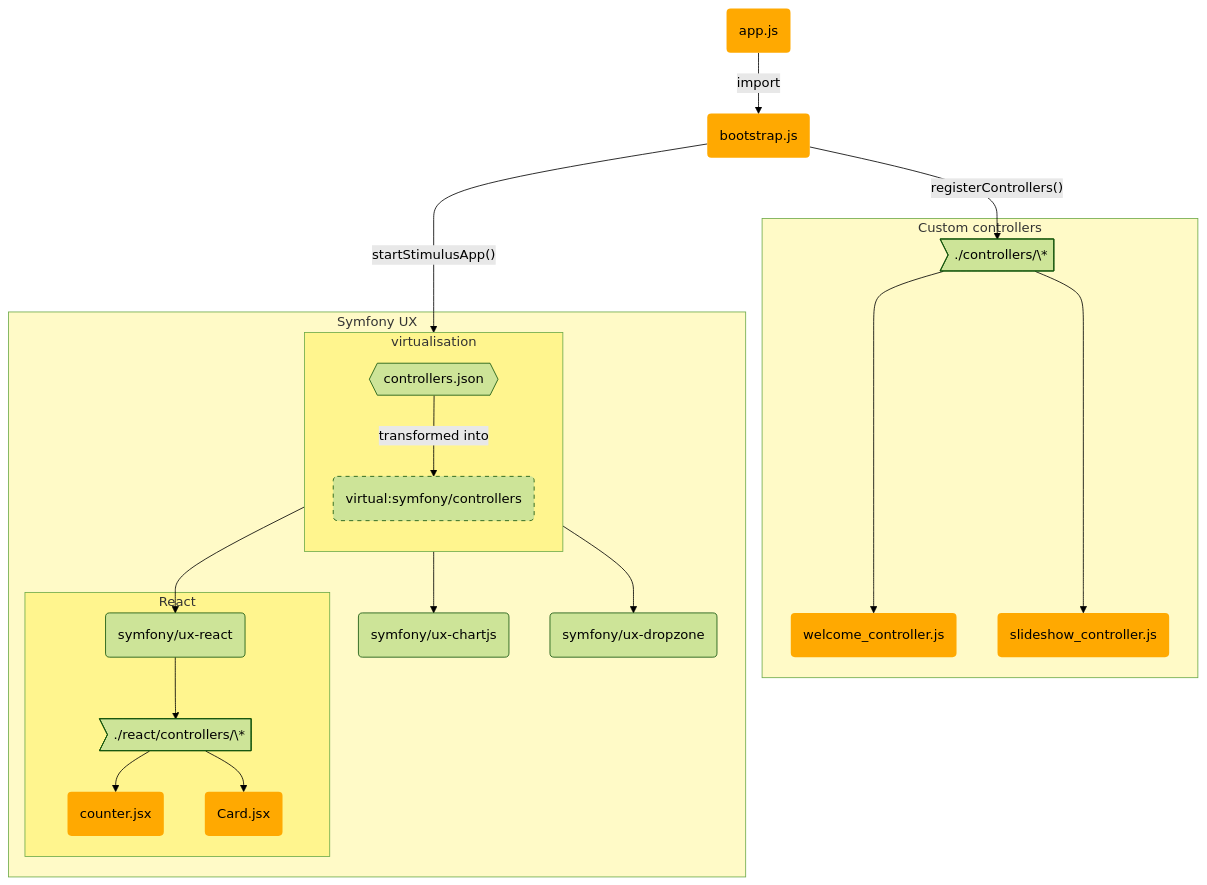
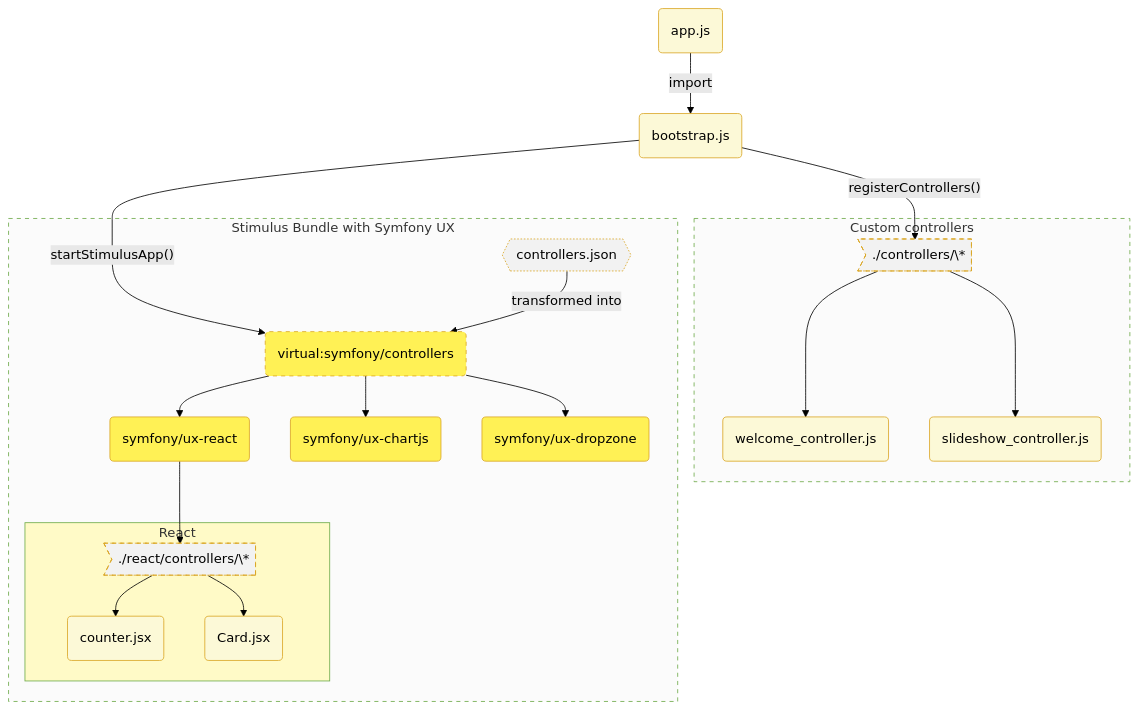
The diagram in docs/src/fr/stimulus/installation.md (lhapaipai/symfony-vite-dev), drawn with Mermaid (forest theme) before and after one commit. The commit also changed other lines of this file and 60 other files, not shown here.

````diff
--- a/docs/src/fr/stimulus/installation.md
+++ b/docs/src/fr/stimulus/installation.md
@@ -9,35 +11,57 @@
 ```mermaid
 flowchart TB
   style virtual stroke-dasharray: 5 5;
-  style groupReact fill:#fff58e;
-  style groupUX fill:#fffac7;
-  style groupCustom fill:#fffac7;
-  style virtualisation fill:#fff58e;
-  classDef component fill:#ffa901, stroke-width:0;
+  style groupReact fill:#fffac7;
+  style groupUX fill:#fbfbfb, stroke-dasharray: 5 5;
+  style groupCustom fill:#fbfbfb, stroke-dasharray: 5 5;
+  classDef file fill:#fcf9d7, stroke:#dba726;
+  classDef package fill:#fff155, stroke:#dba726;
+  classDef virtualPackage fill:#fff155, stroke:#dba726, stroke-dasharray: 5 5;
+  classDef directory stroke:#dba726, fill:#f2f2f2, stroke-dasharray: 5 5;
+  classDef rawFile stroke:#dba726, fill:#f2f2f2, stroke-dasharray: 2 2;
 
-  app(app.js):::component -->|import| bootstrap(bootstrap.js):::component
+  bootstrap(bootstrap.js):::file
+  app(app.js):::file
 
-  %% bootstrap(bootstrap.js):::component -->|"registerReactControllerComponents()"| reactComponents>./react/controllers/\*]
+
+  subgraph groupCustom[Custom controllers]
+    customControllers>"./controllers/\*"]:::directory
+    welcome_controller(welcome_controller.js):::file
+    slideshow_controller(slideshow_controller.js):::file
+  end
+
+  subgraph groupUX[Stimulus Bundle with Symfony UX]
+    virtual(virtual:symfony/controllers):::virtualPackage
+
+    uxReact(symfony/ux-react):::package
+    uxChartjs(symfony/ux-chartjs):::package
+    uxDropzone(symfony/ux-dropzone):::package
+
+    controllers{{controllers.json}}:::rawFile
+
+    subgraph groupReact[React]
+
+    reactComponents>./react/controllers/\*]:::directory
+    counter(counter.jsx):::file
+    card(Card.jsx):::file
+    end
+  end
+
+  app -->|import| bootstrap
+
+  %% bootstrap(bootstrap.js):::file -->|"registerReactControllerComponents()"| reactComponents>./react/controllers/\*]
 
 
 
-  bootstrap --->|"startStimulusApp()"| virtual(virtual:symfony/controllers)
-  bootstrap -->|"registerControllers()"| customControllers>"./controllers/\*"]
+  bootstrap --->|"startStimulusApp()"| virtual
+  bootstrap -->|"registerControllers()"| customControllers
 
-  subgraph groupCustom[Custom controllers]
-    customControllers ---> welcome_controller(welcome_controller.js):::component & slideshow_controller(slideshow_controller.js):::component
-  end
+  customControllers ---> welcome_controller & slideshow_controller
 
-  subgraph groupUX[Symfony UX]
-    virtual --> uxReact(symfony/ux-react) & uxChartjs(symfony/ux-chartjs) & uxDropzone(symfony/ux-dropzone)
+  virtual --> uxReact & uxChartjs & uxDropzone
 
-    subgraph virtualisation
-      direction TB
-      controllers{{controllers.json}} -->|transformed into| virtual
-    end
-    subgraph groupReact[React]
-      uxReact --> reactComponents>./react/controllers/\*]
-      reactComponents --> counter(counter.jsx):::component & card(Card.jsx):::component
-    end
-  end
+  controllers -->|transformed into| virtual
+  uxReact --> reactComponents
+  reactComponents --> counter & card
+
 ```
````
